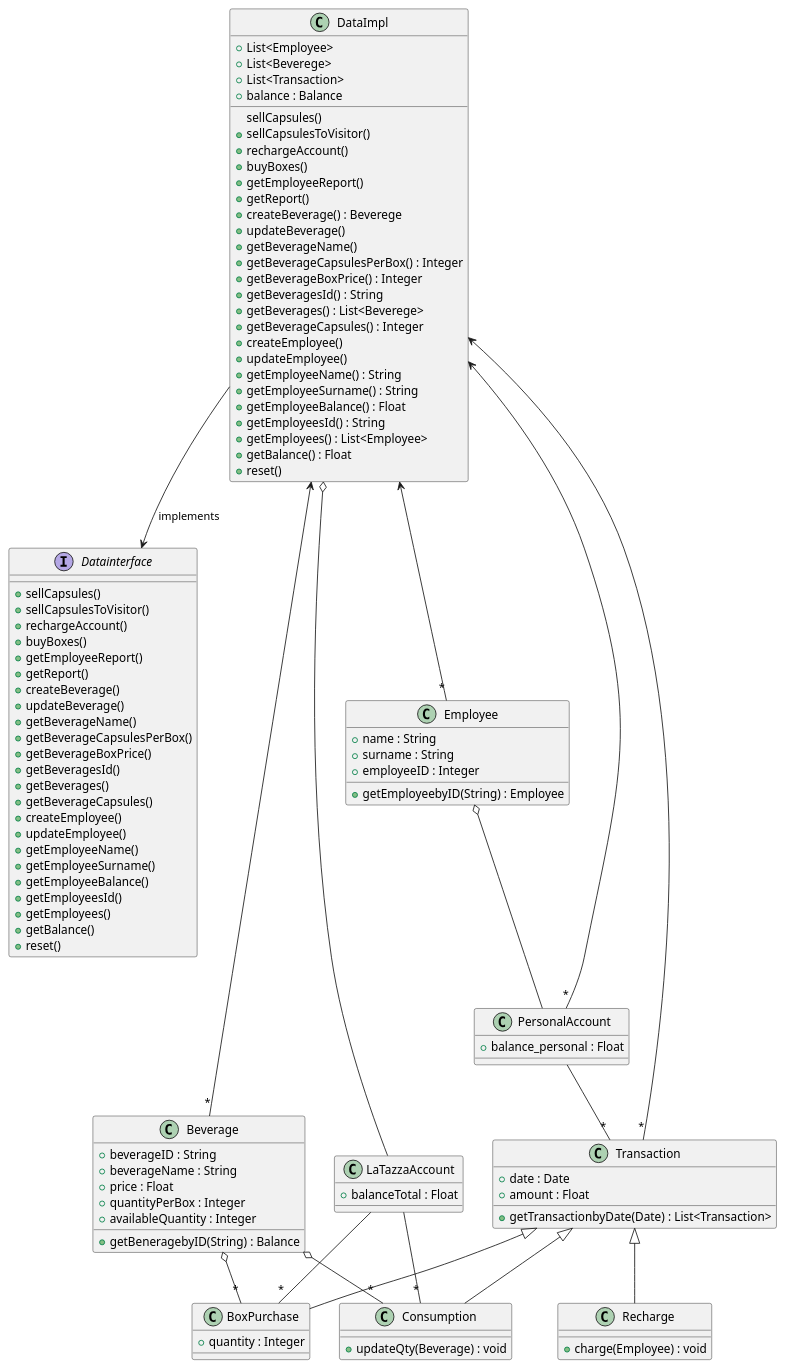
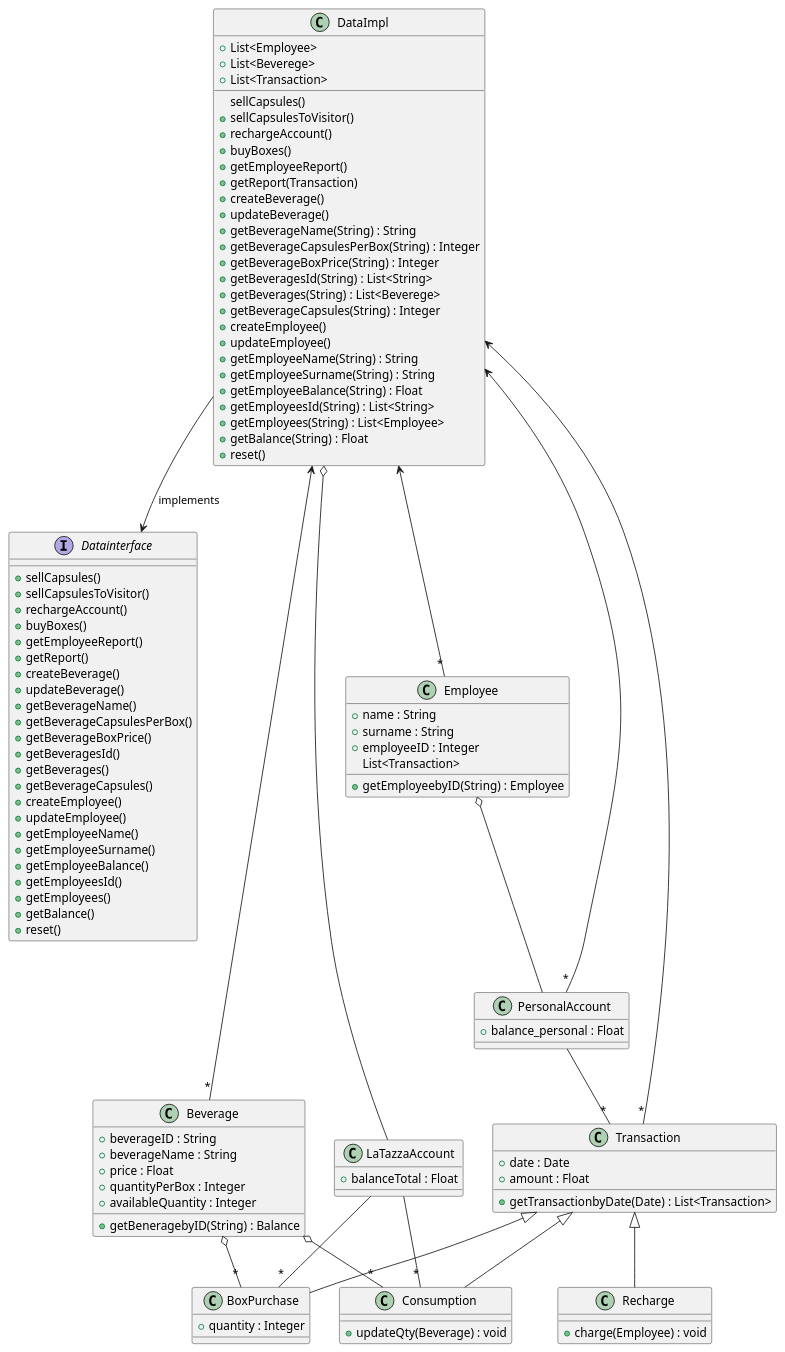
One commit to salvatore-dimartino/LaTazza changed the third of 7 diagrams in templates/DesignDocumentTemplate.md. Above: the diagram before and after it, drawn with PlantUML.

```diff
--- a/templates/DesignDocumentTemplate.md
+++ b/templates/DesignDocumentTemplate.md
@@ -105,30 +105,29 @@
     +List<Employee>
     +List<Beverege>
     +List<Transaction>
-    +balance : Balance
     
     sellCapsules()
     +sellCapsulesToVisitor()
     +rechargeAccount()
     +buyBoxes()
     +getEmployeeReport()
-    +getReport()
-    +createBeverage() : Beverege
+    +getReport(Transaction)
+    +createBeverage()
     +updateBeverage() 
-    +getBeverageName() 
-    +getBeverageCapsulesPerBox() : Integer
-    +getBeverageBoxPrice() : Integer
-    +getBeveragesId() : String
-    +getBeverages() : List<Beverege>
-    +getBeverageCapsules() : Integer
+    +getBeverageName(String) : String 
+    +getBeverageCapsulesPerBox(String) : Integer
+    +getBeverageBoxPrice(String) : Integer
+    +getBeveragesId(String) : List<String>
+    +getBeverages(String) : List<Beverege>
+    +getBeverageCapsules(String) : Integer
     +createEmployee() 
     +updateEmployee()
-    +getEmployeeName() : String
-    +getEmployeeSurname() : String
-    +getEmployeeBalance() : Float
-    +getEmployeesId() : String
-    +getEmployees() : List<Employee>
-    +getBalance() : Float
+    +getEmployeeName(String) : String
+    +getEmployeeSurname(String) : String
+    +getEmployeeBalance(String) : Float
+    +getEmployeesId(String) : List<String>
+    +getEmployees(String) : List<Employee>
+    +getBalance(String) : Float
     +reset() 
 }
 
@@ -149,6 +148,7 @@
     +surname : String
     +employeeID : Integer
     +getEmployeebyID(String) : Employee
+    List<Transaction>
 
 }
 
```
